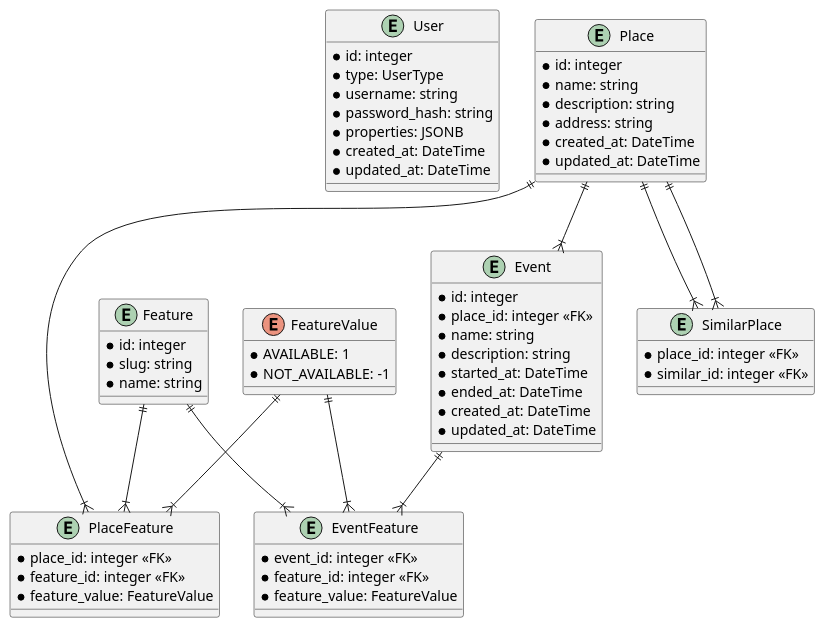
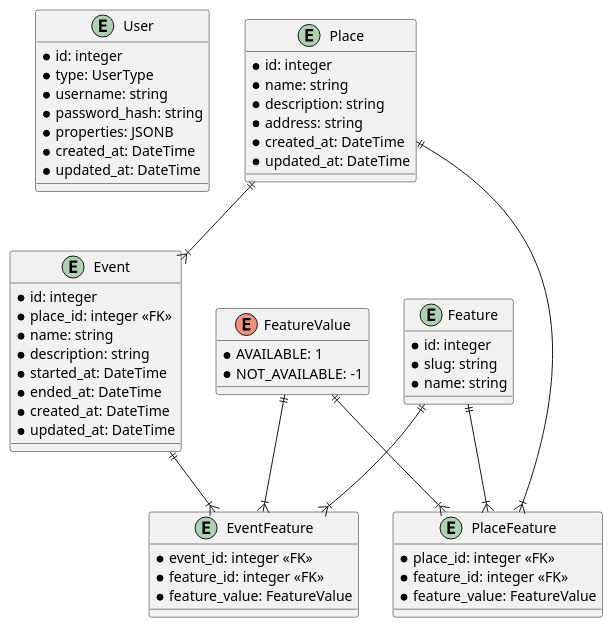
The diagram in docs/db.puml (stackoverfollowers/true-tech-hack-2024), drawn with PlantUML before and after one commit. The commit also changed 2 other files, not shown here.

```diff
--- a/docs/db.puml
+++ b/docs/db.puml
@@ -1,71 +1,64 @@
 @startuml database
 
 entity "User" as u {
     * id: integer
     * type: UserType
     * username: string
     * password_hash: string
     * properties: JSONB
     * created_at: DateTime
     * updated_at: DateTime
 }
 
 entity "Place" as p {
     * id: integer
     * name: string
     * description: string
     * address: string
     * created_at: DateTime
     * updated_at: DateTime
 }
 
 entity "Event" as e {
     * id: integer
     * place_id: integer <<FK>>
     * name: string
     * description: string
     * started_at: DateTime
     * ended_at: DateTime
     * created_at: DateTime
     * updated_at: DateTime
 }
 
 enum "FeatureValue" as fv {
     * AVAILABLE: 1
     * NOT_AVAILABLE: -1
 }
 
 entity "Feature" as f {
     * id: integer
     * slug: string
     * name: string
 }
 
 entity "PlaceFeature" as pf {
     * place_id: integer <<FK>>
     * feature_id: integer <<FK>>
     * feature_value: FeatureValue
 }
 
 entity "EventFeature" as ef {
     * event_id: integer <<FK>>
     * feature_id: integer <<FK>>
     * feature_value: FeatureValue
 }
 
-entity "SimilarPlace" as sp {
-   * place_id: integer <<FK>>
-   * similar_id: integer <<FK>>
-}
-
-
 p ||--|{ pf
 f ||--|{ pf
 fv ||--|{ pf
 fv ||--|{ ef
 p ||--|{ e
 e ||--|{ ef
 f ||--|{ ef
-p ||--|{ sp
-p ||--|{ sp
+
 @enduml
```
